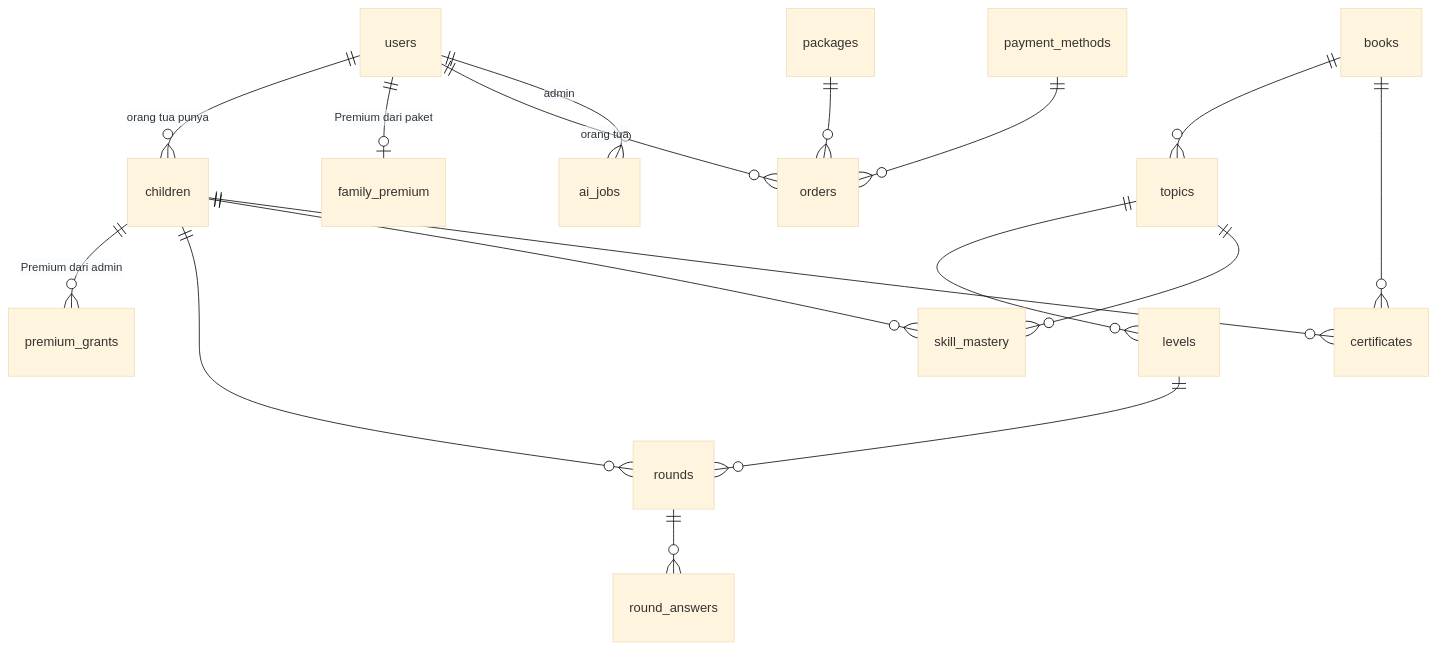
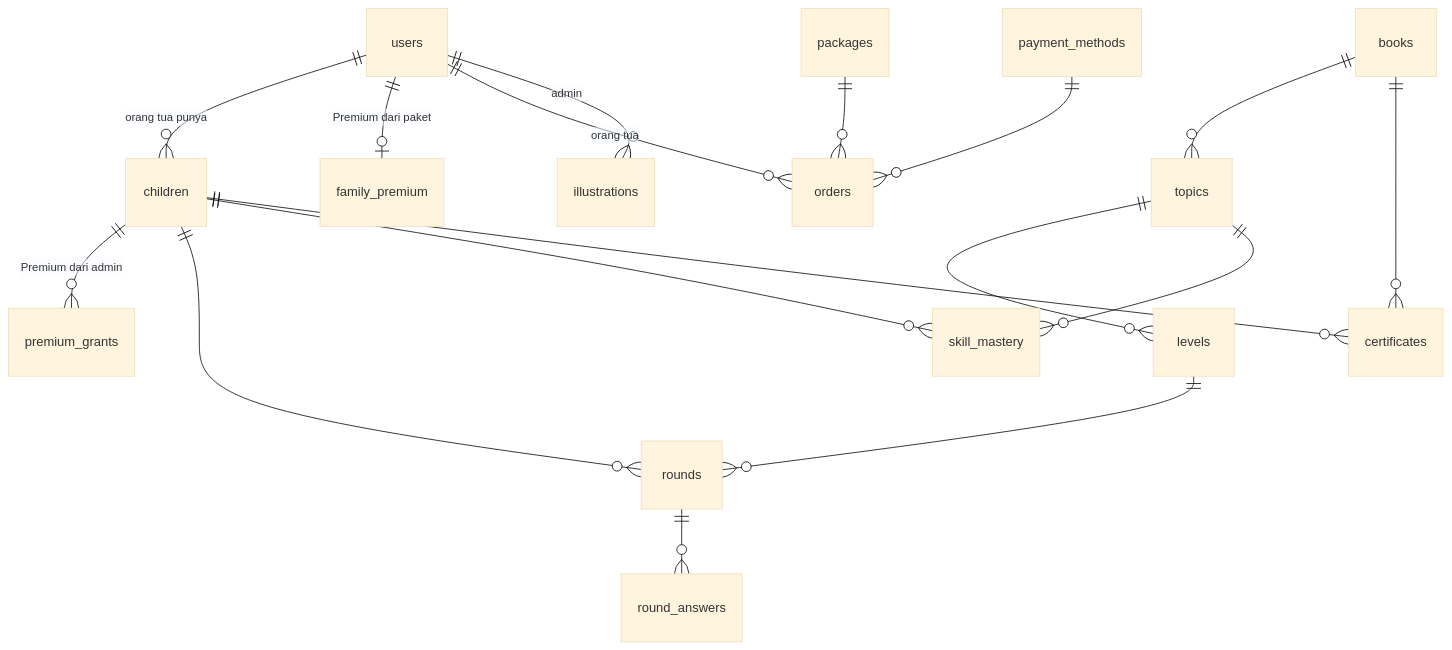
Before and after one commit to UDC-Intern/project1: the diagram in PRD.md, drawn with Mermaid (base theme). The commit also changed other lines of this file and 41 other files, not shown here.

````diff
--- a/PRD.md
+++ b/PRD.md
@@ -343,19 +356,19 @@
 ```mermaid
 erDiagram
   users ||--o{ children : "orang tua punya"
   children ||--o{ premium_grants : "Premium dari admin"
   users ||--o| family_premium : "Premium dari paket"
   users ||--o{ orders : "orang tua"
   packages ||--o{ orders : ""
   payment_methods ||--o{ orders : ""
   books ||--o{ topics : ""
   topics ||--o{ levels : ""
   children ||--o{ rounds : ""
   levels ||--o{ rounds : ""
   rounds ||--o{ round_answers : ""
   children ||--o{ skill_mastery : ""
   topics ||--o{ skill_mastery : ""
-  users ||--o{ ai_jobs : "admin"
+  users ||--o{ illustrations : "admin"
   children ||--o{ certificates : ""
   books ||--o{ certificates : ""
 ```
````
